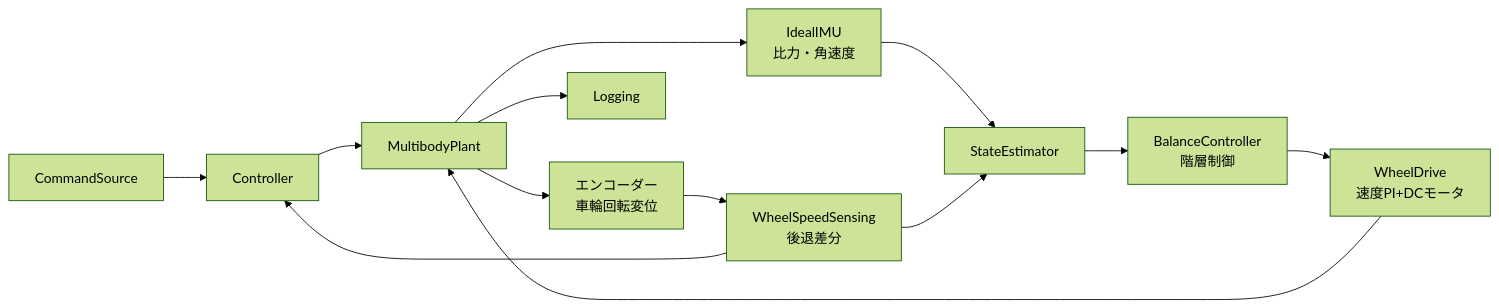
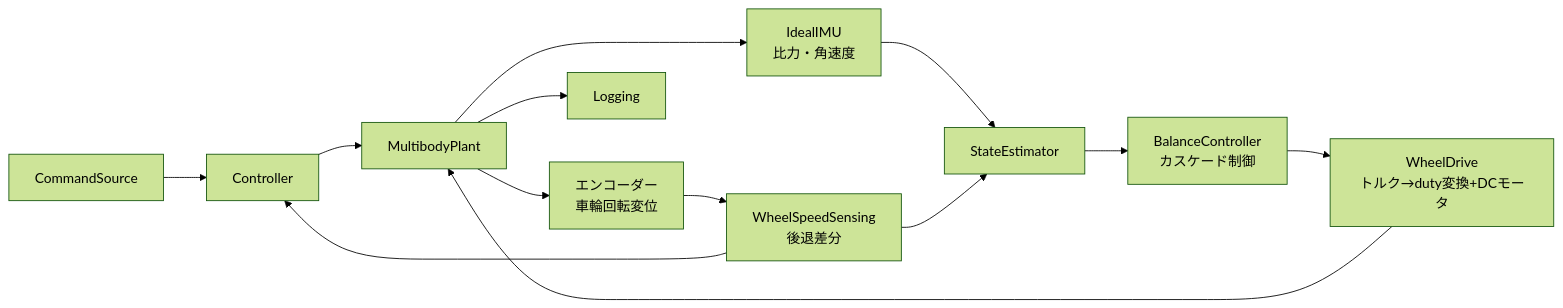
One commit to nenecchiCV/ball-balancing-omni-rover changed the diagram in matlab_ws/ball_balancing_omni3/README.md. Above: the diagram before and after it, drawn with Mermaid (forest theme). The commit also changed other lines of this file and 28 other files, not shown here.

First line of the commit message:
Remove files unrelated to the rev1 cascade architecture

````diff
--- a/matlab_ws/ball_balancing_omni3/README.md
+++ b/matlab_ws/ball_balancing_omni3/README.md
@@ -24,15 +19,15 @@
 ```mermaid
 flowchart LR
   CMD[CommandSource] --> CTRL[Controller]
   CTRL --> PLANT[MultibodyPlant]
   PLANT --> IMU[IdealIMU<br/>比力・角速度]
   PLANT --> ENC[エンコーダー<br/>車輪回転変位]
   ENC --> WS[WheelSpeedSensing<br/>後退差分]
   IMU --> EST[StateEstimator]
   WS --> EST
   WS --> CTRL
-  EST --> BC[BalanceController<br/>階層制御]
-  BC --> WD[WheelDrive<br/>速度PI+DCモータ]
+  EST --> BC[BalanceController<br/>カスケード制御]
+  BC --> WD[WheelDrive<br/>トルク→duty変換+DCモータ]
   WD --> PLANT
   PLANT --> LOG[Logging]
 ```
````
